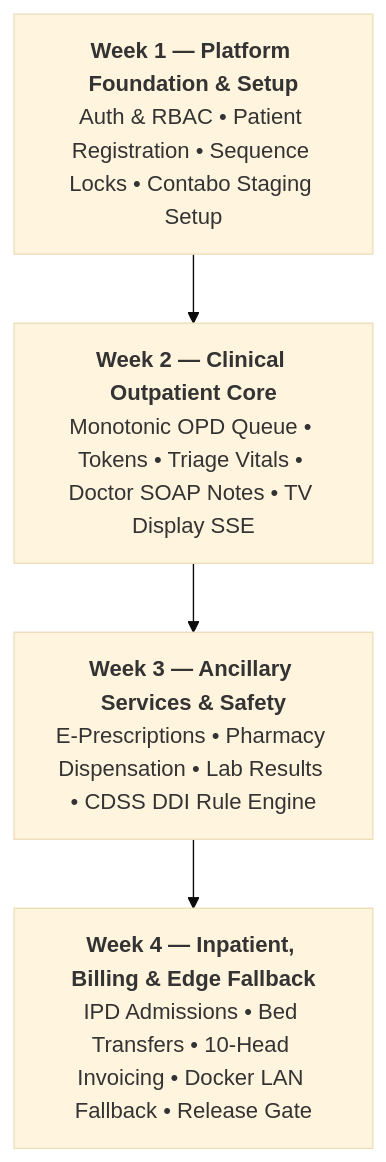
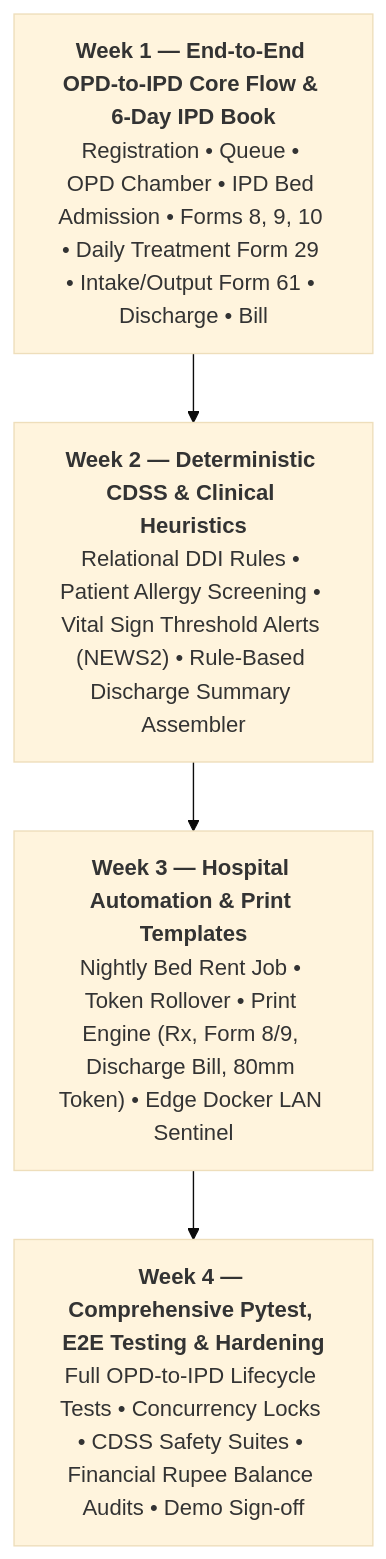
Before and after one commit to zoro1126/Bright-Solutions: the diagram in docs/design/23_cycle_1_pitch.md, drawn with Mermaid (base theme). The commit also changed other lines of this file and 7 other files, not shown here.

Commit message:
feat: integrate 6-day IPD book specifications and database schema for admissions and clinical charts

````diff
--- a/docs/design/23_cycle_1_pitch.md
+++ b/docs/design/23_cycle_1_pitch.md
@@ -50,7 +50,7 @@
 ```mermaid
 flowchart TD
-    W1["<b>Week 1 &mdash; Platform Foundation & Setup</b><br/>Auth &amp; RBAC &bull; Patient Registration &bull; Sequence Locks &bull; Contabo Staging Setup"]
-    --> W2["<b>Week 2 &mdash; Clinical Outpatient Core</b><br/>Monotonic OPD Queue &bull; Tokens &bull; Triage Vitals &bull; Doctor SOAP Notes &bull; TV Display SSE"]
-    --> W3["<b>Week 3 &mdash; Ancillary Services &amp; Safety</b><br/>E-Prescriptions &bull; Pharmacy Dispensation &bull; Lab Results &bull; CDSS DDI Rule Engine"]
-    --> W4["<b>Week 4 &mdash; Inpatient, Billing &amp; Edge Fallback</b><br/>IPD Admissions &bull; Bed Transfers &bull; 10-Head Invoicing &bull; Docker LAN Fallback &bull; Release Gate"]
+    W1["<b>Week 1 &mdash; End-to-End OPD-to-IPD Core Flow &amp; 6-Day IPD Book</b><br/>Registration &bull; Queue &bull; OPD Chamber &bull; IPD Bed Admission &bull; Forms 8, 9, 10 &bull; Daily Treatment Form 29 &bull; Intake/Output Form 61 &bull; Discharge &bull; Bill"]
+    --> W2["<b>Week 2 &mdash; Deterministic CDSS &amp; Clinical Heuristics</b><br/>Relational DDI Rules &bull; Patient Allergy Screening &bull; Vital Sign Threshold Alerts (NEWS2) &bull; Rule-Based Discharge Summary Assembler"]
+    --> W3["<b>Week 3 &mdash; Hospital Automation &amp; Print Templates</b><br/>Nightly Bed Rent Job &bull; Token Rollover &bull; Print Engine (Rx, Form 8/9, Discharge Bill, 80mm Token) &bull; Edge Docker LAN Sentinel"]
+    --> W4["<b>Week 4 &mdash; Comprehensive Pytest, E2E Testing &amp; Hardening</b><br/>Full OPD-to-IPD Lifecycle Tests &bull; Concurrency Locks &bull; CDSS Safety Suites &bull; Financial Rupee Balance Audits &bull; Demo Sign-off"]
 ```
````
